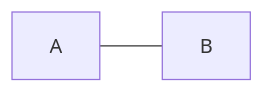
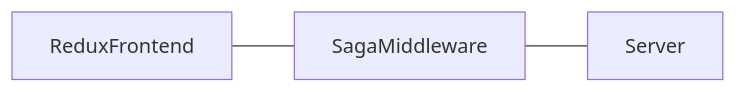
Before and after one commit to Bineryss/Docsify-Test: the diagram in docs/sagamiddelware/DataFlow.md, drawn with Mermaid. The commit also changed 8 other files, not shown here.

````diff
--- a/docs/sagamiddelware/DataFlow.md
+++ b/docs/sagamiddelware/DataFlow.md
@@ -6,5 +6,5 @@
 ```mermaid
 graph LR
-A --- B
+ReduxFrontend --- SagaMiddleware --- Server
 
 ```
````
